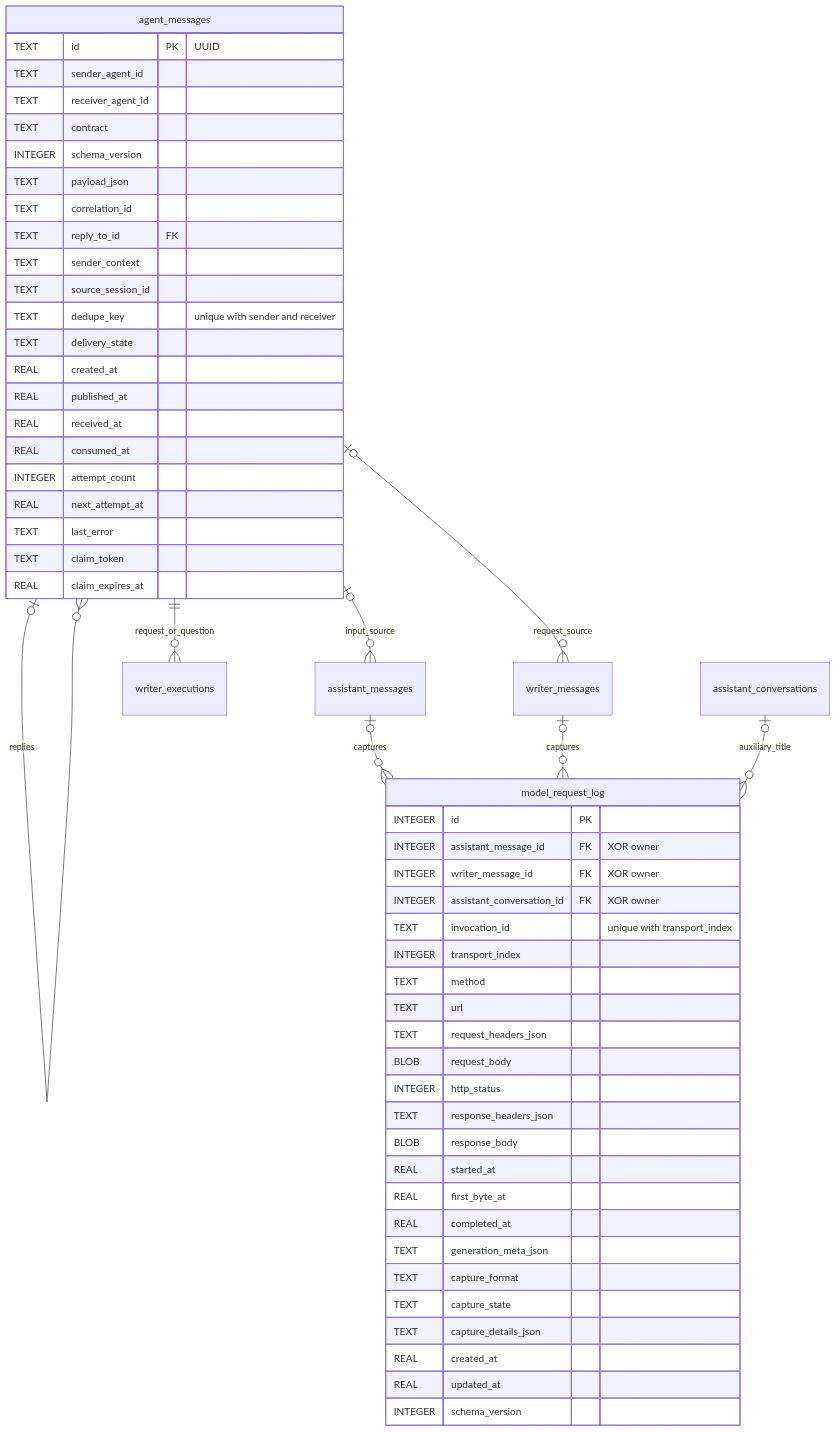
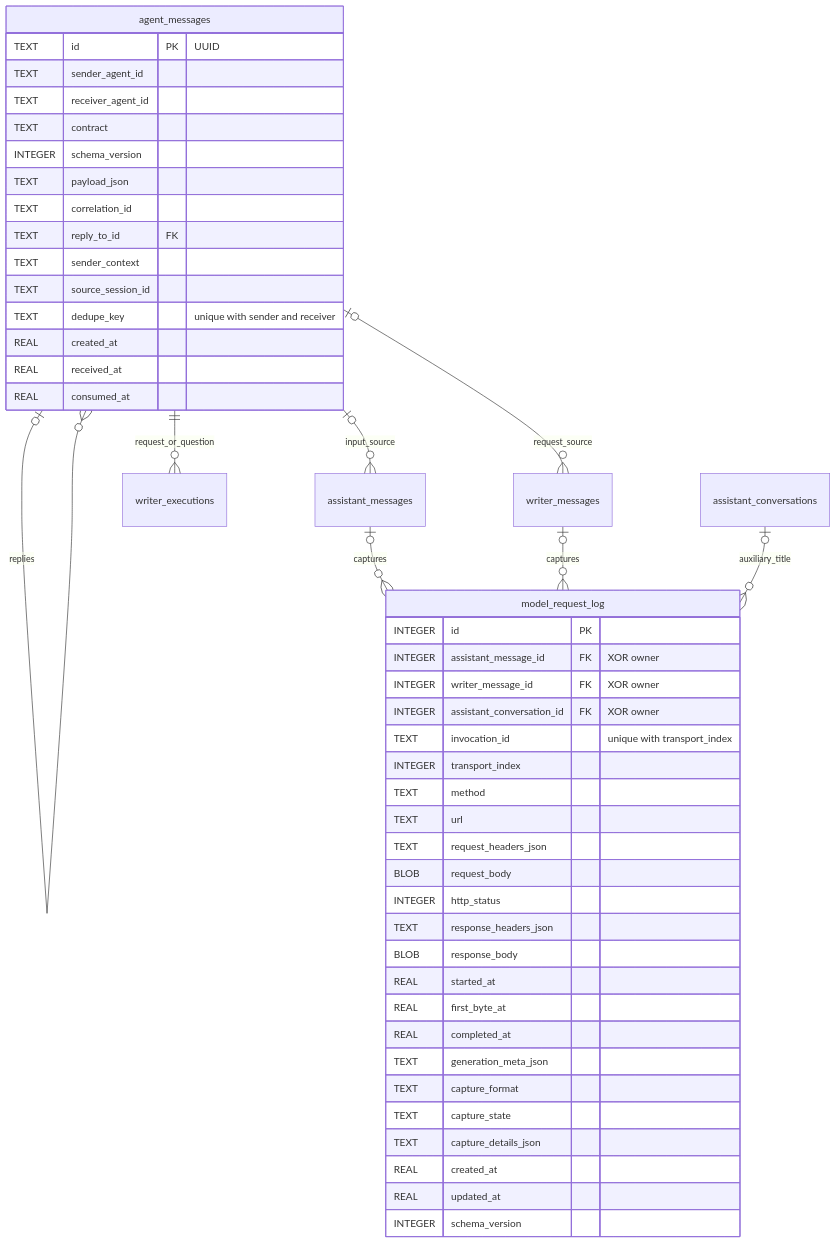
The third of 4 diagrams in MobileHarness/Storage/Database/README.md (devilyouwei/MobileHarness), drawn with Mermaid before and after one commit. The commit also changed other lines of this file and 164 other files, not shown here.

````diff
--- a/MobileHarness/Storage/Database/README.md
+++ b/MobileHarness/Storage/Database/README.md
@@ -171,58 +171,51 @@
 ```mermaid
 erDiagram
     agent_messages o|--o{ agent_messages : replies
     agent_messages o|--o{ assistant_messages : input_source
     agent_messages o|--o{ writer_messages : request_source
     agent_messages ||--o{ writer_executions : request_or_question
     assistant_messages o|--o{ model_request_log : captures
     writer_messages o|--o{ model_request_log : captures
     assistant_conversations o|--o{ model_request_log : auxiliary_title
     agent_messages {
         TEXT id PK "UUID"
         TEXT sender_agent_id
         TEXT receiver_agent_id
         TEXT contract
         INTEGER schema_version
         TEXT payload_json
         TEXT correlation_id
         TEXT reply_to_id FK
         TEXT sender_context
         TEXT source_session_id
         TEXT dedupe_key "unique with sender and receiver"
-        TEXT delivery_state
         REAL created_at
-        REAL published_at
         REAL received_at
         REAL consumed_at
-        INTEGER attempt_count
-        REAL next_attempt_at
-        TEXT last_error
-        TEXT claim_token
-        REAL claim_expires_at
     }
     model_request_log {
         INTEGER id PK
         INTEGER assistant_message_id FK "XOR owner"
         INTEGER writer_message_id FK "XOR owner"
         INTEGER assistant_conversation_id FK "XOR owner"
         TEXT invocation_id "unique with transport_index"
         INTEGER transport_index
         TEXT method
         TEXT url
         TEXT request_headers_json
         BLOB request_body
         INTEGER http_status
         TEXT response_headers_json
         BLOB response_body
         REAL started_at
         REAL first_byte_at
         REAL completed_at
         TEXT generation_meta_json
         TEXT capture_format
         TEXT capture_state
         TEXT capture_details_json
         REAL created_at
         REAL updated_at
         INTEGER schema_version
     }
 ```
````
